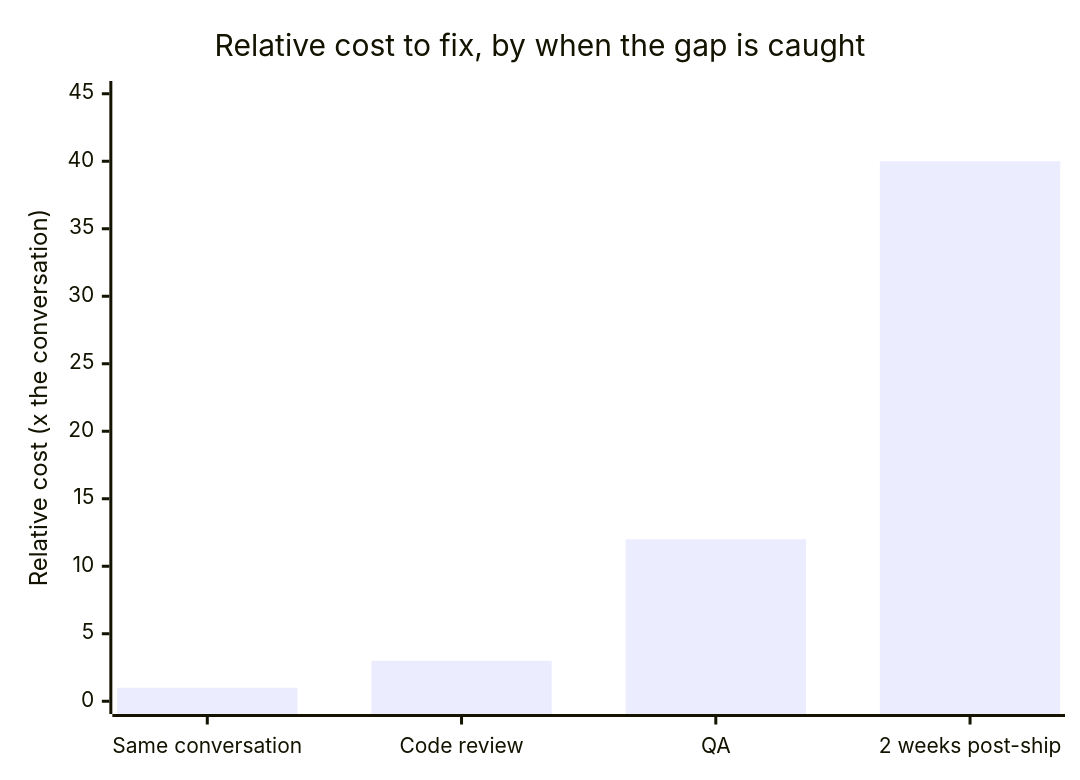
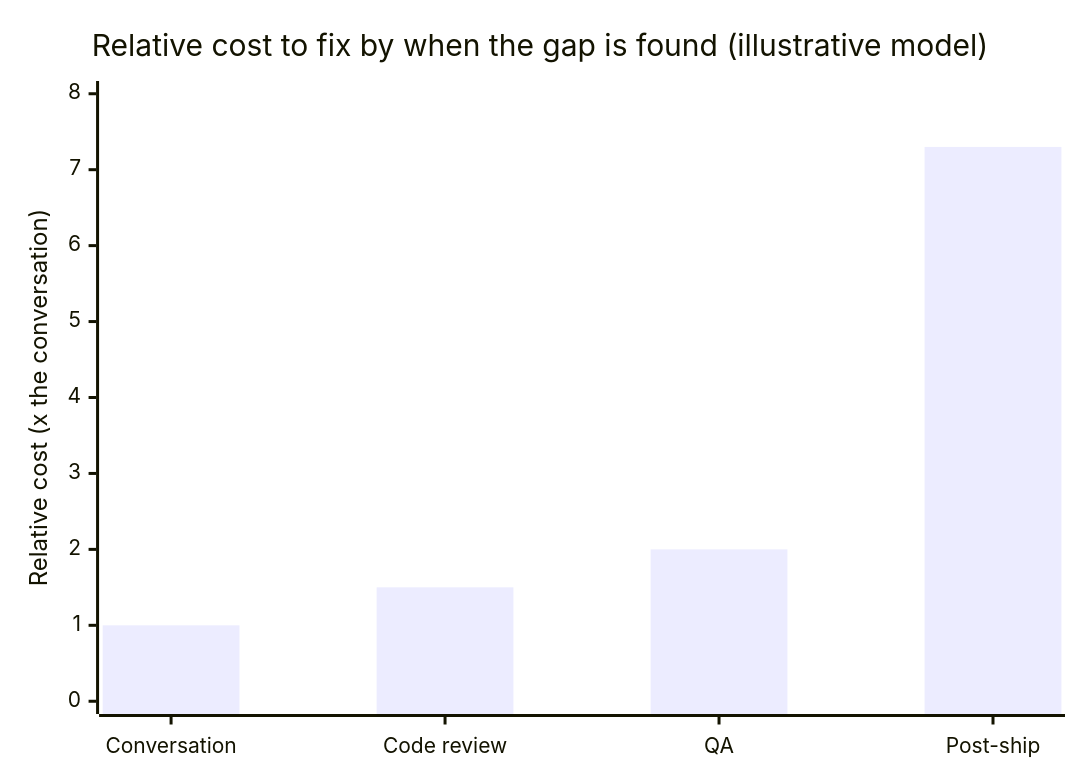
One commit to francoandreDev/knowledge changed the second of 2 diagrams in src/content/product-domain/requirements-gathering/L2-concept.mdx. Above: the diagram before and after it, drawn with Mermaid. The commit also changed other lines of this file and 3 other files, not shown here.

````diff
--- a/src/content/product-domain/requirements-gathering/L2-concept.mdx
+++ b/src/content/product-domain/requirements-gathering/L2-concept.mdx
@@ -54,7 +63,7 @@
 ```mermaid
 xychart-beta
-    title "Relative cost to fix, by when the gap is caught"
-    x-axis ["Same conversation", "Code review", "QA", "2 weeks post-ship"]
-    y-axis "Relative cost (x the conversation)" 0 --> 45
-    bar [1, 3, 12, 40]
+    title "Relative cost to fix by when the gap is found (illustrative model)"
+    x-axis ["Conversation", "Code review", "QA", "Post-ship"]
+    y-axis "Relative cost (x the conversation)" 0 --> 8
+    bar [1, 1.5, 2, 7.3]
 ```
````
